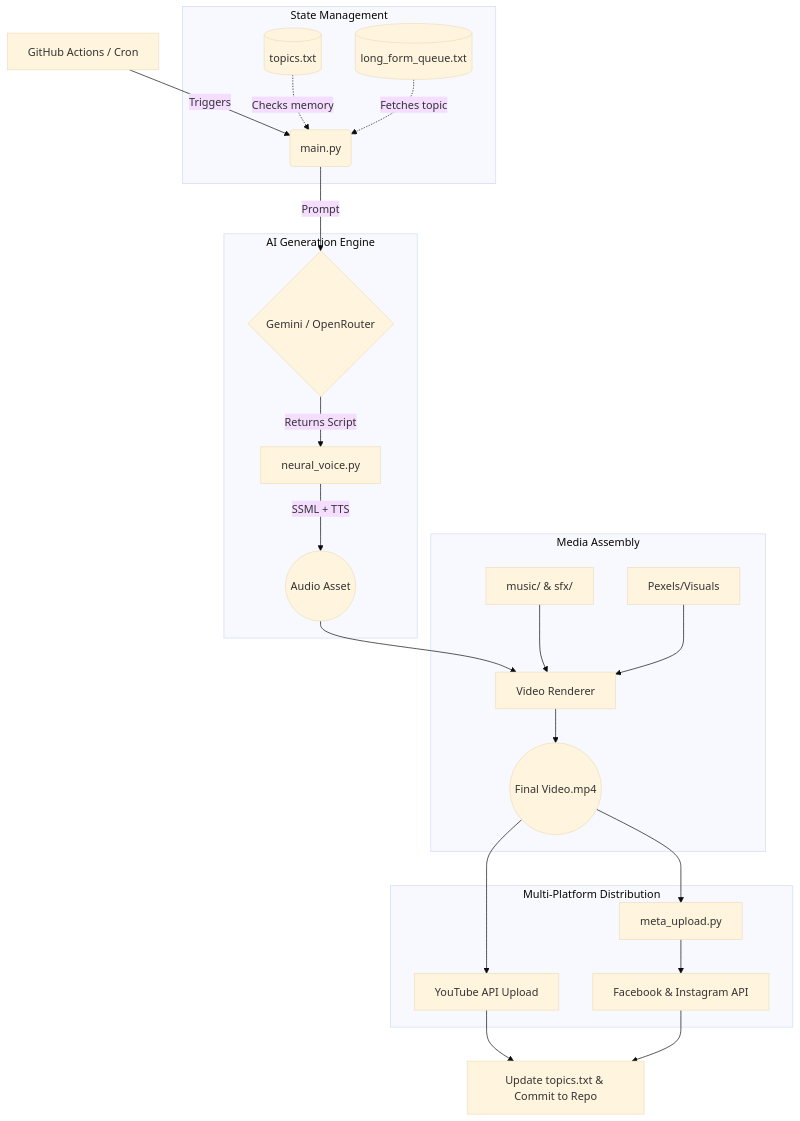
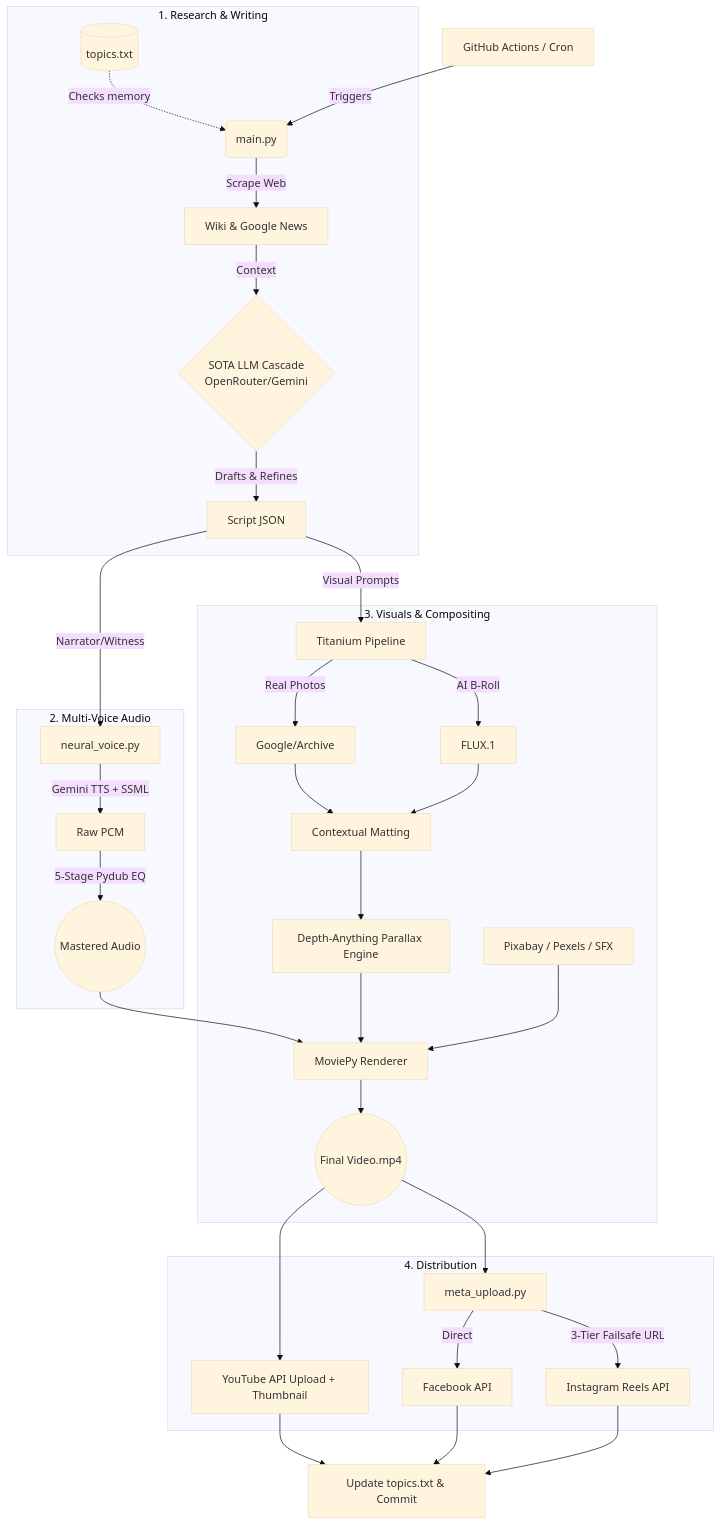
The diagram in README.md (Kashyapman/GhostBot), drawn with Mermaid (base theme) before and after one commit. The commit also changed other lines of this file, not shown here.

````diff
--- a/README.md
+++ b/README.md
@@ -26,31 +30,39 @@
 ```mermaid
 graph TD
     A[GitHub Actions / Cron] -->|Triggers| B(main.py)
     
-    subgraph State Management
+    subgraph 1. Research & Writing
     C[(topics.txt)] -.->|Checks memory| B
-    D[(long_form_queue.txt)] -.->|Fetches topic| B
+    B -->|Scrape Web| D[Wiki & Google News]
+    D -->|Context| E{SOTA LLM Cascade<br>OpenRouter/Gemini}
+    E -->|Drafts & Refines| F[Script JSON]
     end
 
-    subgraph AI Generation Engine
-    B -->|Prompt| E{Gemini / OpenRouter}
-    E -->|Returns Script| F[neural_voice.py]
-    F -->|SSML + TTS| G((Audio Asset))
+    subgraph 2. Multi-Voice Audio
+    F -->|Narrator/Witness| G[neural_voice.py]
+    G -->|Gemini TTS + SSML| H[Raw PCM]
+    H -->|5-Stage Pydub EQ| I((Mastered Audio))
     end
     
-    subgraph Media Assembly
-    G --> H[Video Renderer]
-    I[music/ & sfx/] --> H
-    J[Pexels/Visuals] --> H
-    H --> K((Final Video.mp4))
+    subgraph 3. Visuals & Compositing
+    F -->|Visual Prompts| J[Titanium Pipeline]
+    J -->|Real Photos| K[Google/Archive]
+    J -->|AI B-Roll| L[FLUX.1]
+    K & L --> M[Contextual Matting]
+    M --> N[Depth-Anything Parallax Engine]
+    N --> O[MoviePy Renderer]
+    I --> O
+    P[Pixabay / Pexels / SFX] --> O
+    O --> Q((Final Video.mp4))
     end
 
-    subgraph Multi-Platform Distribution
-    K --> L[YouTube API Upload]
-    K --> M[meta_upload.py]
-    M --> N[Facebook & Instagram API]
+    subgraph 4. Distribution
+    Q --> R[YouTube API Upload + Thumbnail]
+    Q --> S[meta_upload.py]
+    S -->|Direct| T[Facebook API]
+    S -->|3-Tier Failsafe URL| U[Instagram Reels API]
     end
     
-    L --> O[Update topics.txt & Commit to Repo]
-    N --> O
+    R --> V[Update topics.txt & Commit]
+    T & U --> V
 ```
````
